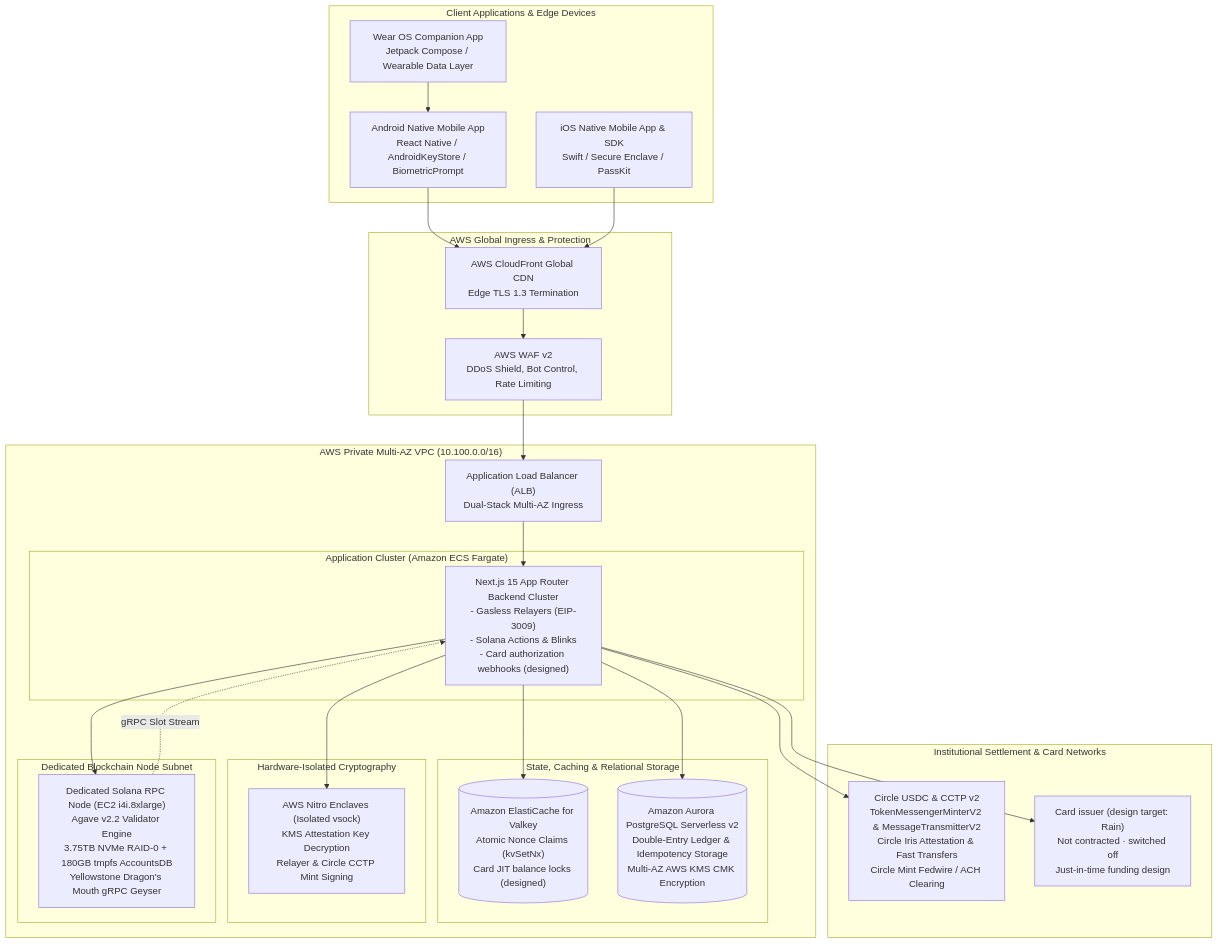
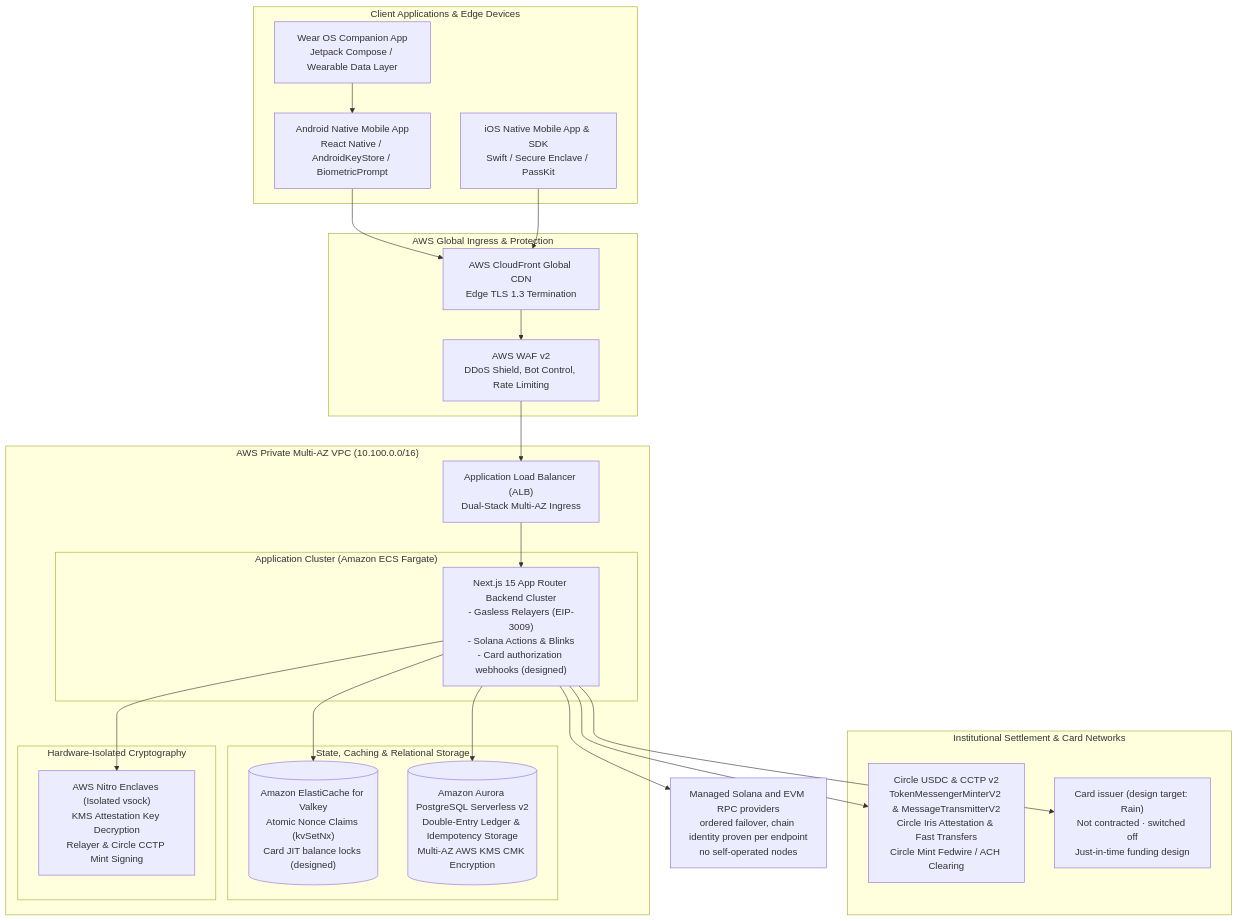
Before and after one commit to FurlPay/docs: the diagram in README.md, drawn with Mermaid. The commit also changed other lines of this file and 2 other files, not shown here.

````diff
--- a/README.md
+++ b/README.md
@@ -71,53 +74,51 @@
 ```mermaid
 flowchart TD
     subgraph Clients["Client Applications & Edge Devices"]
         Android["Android Native Mobile App<br/>React Native / AndroidKeyStore / BiometricPrompt"]
         WearOS["Wear OS Companion App<br/>Jetpack Compose / Wearable Data Layer"]
         iOS["iOS Native Mobile App & SDK<br/>Swift / Secure Enclave / PassKit"]
     end
 
     subgraph Ingress["AWS Global Ingress & Protection"]
         CloudFront["AWS CloudFront Global CDN<br/>Edge TLS 1.3 Termination"]
         WAF["AWS WAF v2<br/>DDoS Shield, Bot Control, Rate Limiting"]
     end
 
     subgraph PrivateVPC["AWS Private Multi-AZ VPC (10.100.0.0/16)"]
         ALB["Application Load Balancer (ALB)<br/>Dual-Stack Multi-AZ Ingress"]
         
         subgraph ComputeCluster["Application Cluster (Amazon ECS Fargate)"]
             ECS["Next.js 15 App Router Backend Cluster<br/>- Gasless Relayers (EIP-3009)<br/>- Solana Actions & Blinks<br/>- Card authorization webhooks (designed)"]
         end
 
         subgraph DataTier["State, Caching & Relational Storage"]
             Valkey[("Amazon ElastiCache for Valkey<br/>Atomic Nonce Claims (kvSetNx)<br/>Card JIT balance locks (designed)")]
             Aurora[("Amazon Aurora PostgreSQL Serverless v2<br/>Double-Entry Ledger & Idempotency Storage<br/>Multi-AZ AWS KMS CMK Encryption")]
         end
 
         subgraph KeyIsolation["Hardware-Isolated Cryptography"]
             Enclave["AWS Nitro Enclaves (Isolated vsock)<br/>KMS Attestation Key Decryption<br/>Relayer & Circle CCTP Mint Signing"]
         end
 
-        subgraph BlockchainTier["Dedicated Blockchain Node Subnet"]
-            SolanaNode["Dedicated Solana RPC Node (EC2 i4i.8xlarge)<br/>Agave v2.2 Validator Engine<br/>3.75TB NVMe RAID-0 + 180GB tmpfs AccountsDB<br/>Yellowstone Dragon's Mouth gRPC Geyser"]
-        end
     end
+
+    SolanaNode["Managed Solana and EVM RPC providers<br/>ordered failover, chain identity proven per endpoint<br/>no self-operated nodes"]
 
     subgraph Rails["Institutional Settlement & Card Networks"]
         Circle["Circle USDC & CCTP v2<br/>TokenMessengerMinterV2 & MessageTransmitterV2<br/>Circle Iris Attestation & Fast Transfers<br/>Circle Mint Fedwire / ACH Clearing"]
         Rain["Card issuer (design target: Rain)<br/>Not contracted · switched off<br/>Just-in-time funding design"]
     end
 
     Android --> CloudFront
     WearOS --> Android
     iOS --> CloudFront
     CloudFront --> WAF
     WAF --> ALB
     ALB --> ECS
     ECS --> Valkey
     ECS --> Aurora
     ECS --> Enclave
     ECS --> SolanaNode
     ECS --> Circle
     ECS --> Rain
-    SolanaNode -.->|gRPC Slot Stream| ECS
 ```
````
